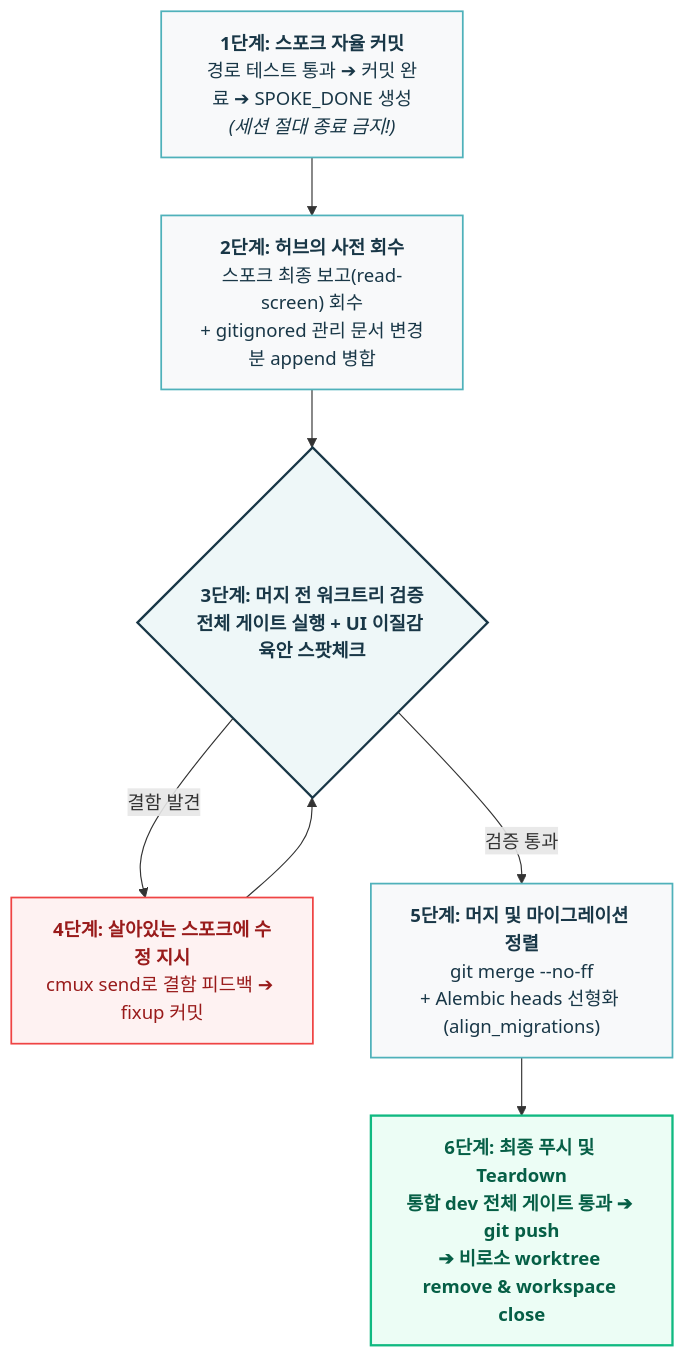
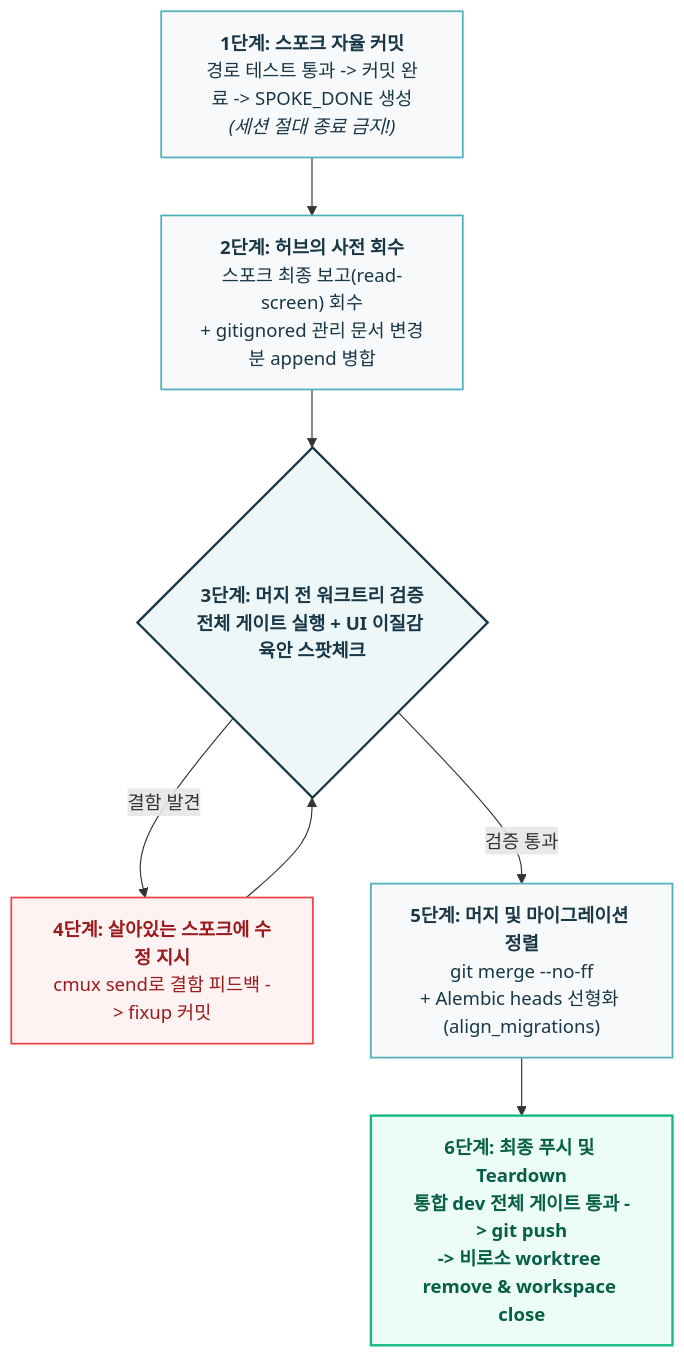
One commit to tomato-vault/tomato-vault.github.io changed the fourth of 4 diagrams in _posts/tech/ai-agent-architecture/5 같은 브랜치에서 에이전트끼리 사이좋게 코딩할 리가 없어.md. Above: the diagram before and after it, drawn with Mermaid. The commit also changed other lines of this file and 43 other files, not shown here.

````diff
--- a/_posts/tech/ai-agent-architecture/5 같은 브랜치에서 에이전트끼리 사이좋게 코딩할 리가 없어.md
+++ b/_posts/tech/ai-agent-architecture/5 같은 브랜치에서 에이전트끼리 사이좋게 코딩할 리가 없어.md
@@ -249,18 +133,18 @@
 ```mermaid
 flowchart TD
     classDef step fill:#f8f9fa,stroke:#4fb1ba,stroke-width:1.5px,color:#193747
     classDef check fill:#eef7f8,stroke:#193747,stroke-width:2px,color:#193747,font-weight:bold
     classDef fix fill:#fef2f2,stroke:#ef4444,stroke-width:1.5px,color:#991b1b
     classDef done fill:#ecfdf5,stroke:#10b981,stroke-width:2px,color:#065f46,font-weight:bold
 
-    S1["<b>1단계: 스포크 자율 커밋</b><br/>경로 테스트 통과 ➔ 커밋 완료 ➔ SPOKE_DONE 생성<br/><i>(세션 절대 종료 금지!)</i>"]:::step
+    S1["<b>1단계: 스포크 자율 커밋</b><br/>경로 테스트 통과 -> 커밋 완료 -> SPOKE_DONE 생성<br/><i>(세션 절대 종료 금지!)</i>"]:::step
     S2["<b>2단계: 허브의 사전 회수</b><br/>스포크 최종 보고(read-screen) 회수<br/>+ gitignored 관리 문서 변경분 append 병합"]:::step
     S3{"<b>3단계: 머지 전 워크트리 검증</b><br/>전체 게이트 실행 + UI 이질감 육안 스팟체크"}:::check
-    S4["<b>4단계: 살아있는 스포크에 수정 지시</b><br/>cmux send로 결함 피드백 ➔ fixup 커밋"]:::fix
+    S4["<b>4단계: 살아있는 스포크에 수정 지시</b><br/>cmux send로 결함 피드백 -> fixup 커밋"]:::fix
     S5["<b>5단계: 머지 및 마이그레이션 정렬</b><br/>git merge --no-ff<br/>+ Alembic heads 선형화 (align_migrations)"]:::step
-    S6["<b>6단계: 최종 푸시 및 Teardown</b><br/>통합 dev 전체 게이트 통과 ➔ git push<br/>➔ 비로소 worktree remove & workspace close"]:::done
+    S6["<b>6단계: 최종 푸시 및 Teardown</b><br/>통합 dev 전체 게이트 통과 -> git push<br/>-> 비로소 worktree remove & workspace close"]:::done
 
     S1 --> S2 --> S3
     S3 -->|"결함 발견"| S4 --> S3
     S3 -->|"검증 통과"| S5 --> S6
 ```
````
